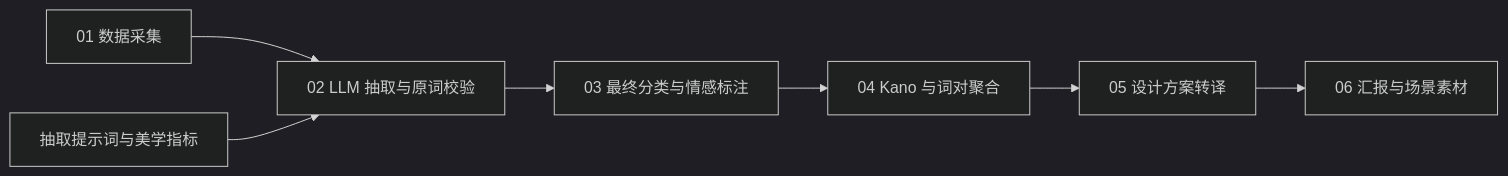
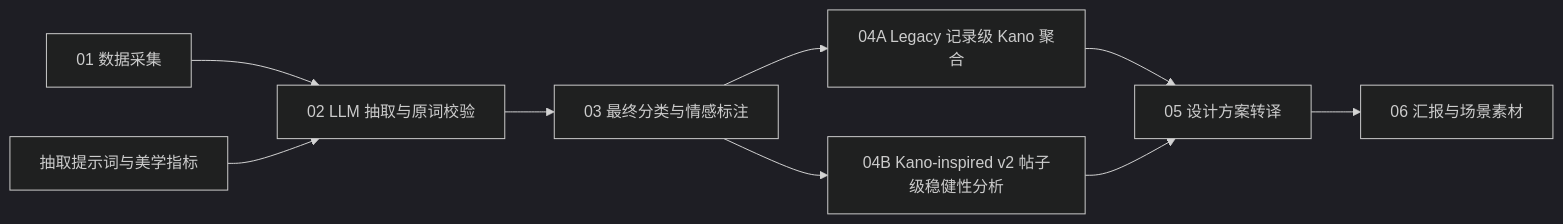
Before and after one commit to coralxyx/smart-lighting-research: the diagram in docs/visualization-pipeline.md, drawn with Mermaid (dark theme). The commit also changed other lines of this file and 2 other files, not shown here.

Commit message:
docs: align Kano plan and visualization contract

````diff
--- a/docs/visualization-pipeline.md
+++ b/docs/visualization-pipeline.md
@@ -7,9 +7,11 @@
 ```mermaid
 flowchart LR
     M01[01 数据采集] --> M02[02 LLM 抽取与原词校验]
     D01[抽取提示词与美学指标] --> M02
     M02 --> M03[03 最终分类与情感标注]
-    M03 --> M04[04 Kano 与词对聚合]
-    M04 --> M05[05 设计方案转译]
+    M03 --> M04A[04A Legacy 记录级 Kano 聚合]
+    M03 --> M04B[04B Kano-inspired v2 帖子级稳健性分析]
+    M04A --> M05[05 设计方案转译]
+    M04B --> M05
     M05 --> M06[06 汇报与场景素材]
 ```
````
